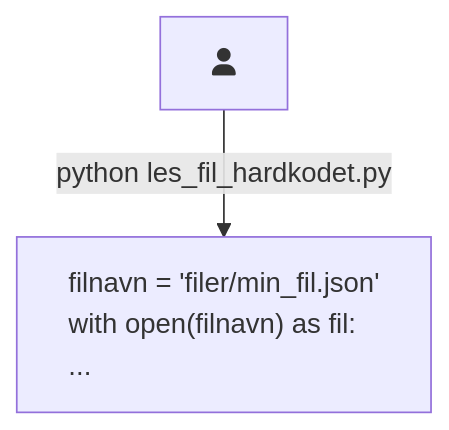
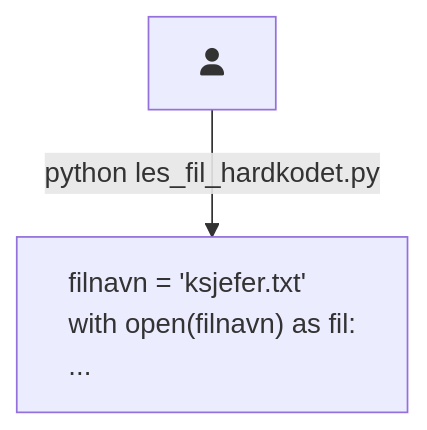
One commit to nrkno/prog-videre changed the second of 4 diagrams in innhold/kap3/2_programargumenter.md. Above: the diagram before and after it, drawn with Mermaid. The commit also changed other lines of this file, not shown here.

Commit message:
Fortsett på programargumenter, legg til ksjefer.txt

````diff
--- a/innhold/kap3/2_programargumenter.md
+++ b/innhold/kap3/2_programargumenter.md
@@ -31,7 +51,7 @@
 ```mermaid
 flowchart
   user[fa:fa-user]
-  prg["filnavn = 'filer/min_fil.json'\nwith open(filnavn) as fil:\n..."]
+  prg["filnavn = 'ksjefer.txt'\nwith open(filnavn) as fil:\n..."]
   style prg text-align:left
   user-- python les_fil_hardkodet.py -->prg
 ```
````
